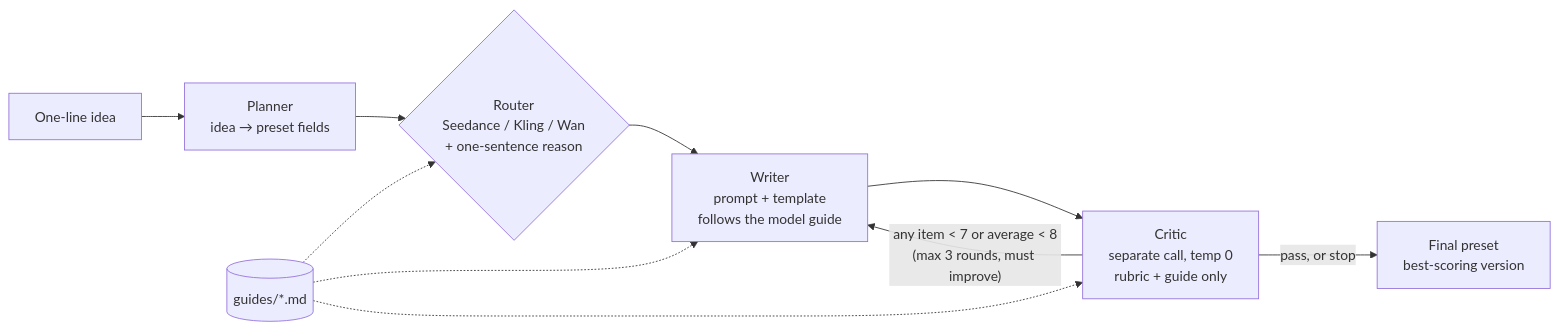
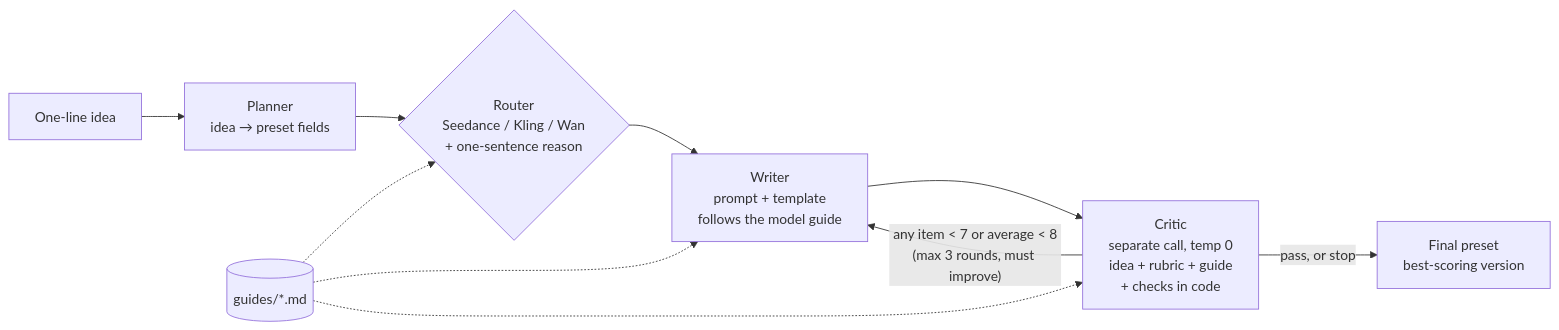
Before and after one commit to aitela3d/video-preset-agent: the diagram in README.md, drawn with Mermaid. The commit also changed other lines of this file and 17 other files, not shown here.

````diff
--- a/README.md
+++ b/README.md
@@ -15,10 +15,10 @@
 ```mermaid
 flowchart LR
     I[One-line idea] --> P[Planner<br/>idea → preset fields]
     P --> R{Router<br/>Seedance / Kling / Wan<br/>+ one-sentence reason}
     R --> W[Writer<br/>prompt + template<br/>follows the model guide]
-    W --> C[Critic<br/>separate call, temp 0<br/>rubric + guide only]
+    W --> C[Critic<br/>separate call, temp 0<br/>idea + rubric + guide<br/>+ checks in code]
     C -->|"any item < 7 or average < 8<br/>(max 3 rounds, must improve)"| W
     C -->|pass, or stop| F[Final preset<br/>best-scoring version]
     G[(guides/*.md)] -.-> R & W & C
 ```
````
